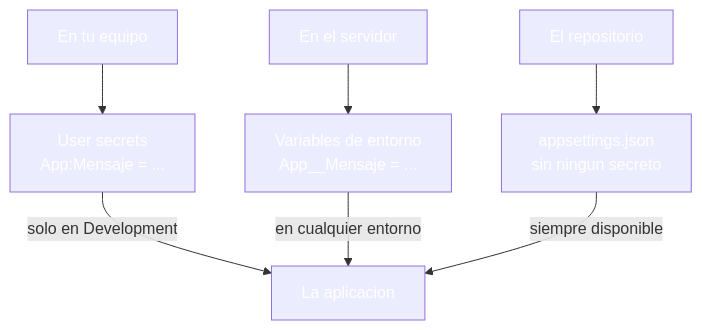
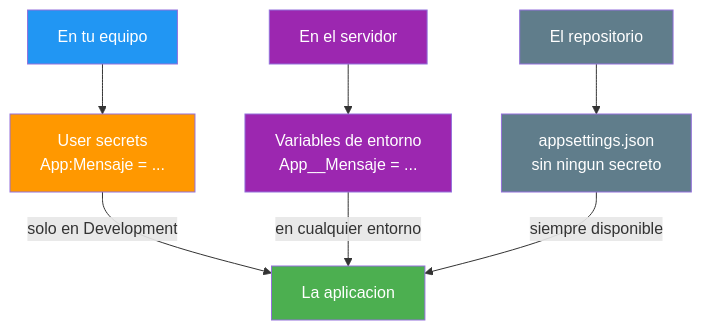
One commit to joseluisgs/DesarrolloWebEntornosServidor-03-2026-2027 changed the seventh of 7 diagrams in 20-configuracion-entornos.md. Above: the diagram before and after it, drawn with Mermaid. The commit also changed other lines of this file and 25 other files, not shown here.

Commit message:
docs: corregir los estilos Mermaid de los temas y alinear el dominio del tema 25 con ProductosApp

````diff
--- a/20-configuracion-entornos.md
+++ b/20-configuracion-entornos.md
@@ -516,16 +516,16 @@
 ```mermaid
 graph TD
     R["El repositorio"] --> A["appsettings.json<br/>sin ningun secreto"]
     D["En tu equipo"] --> US["User secrets<br/>App:Mensaje = ..."]
     P["En el servidor"] --> EV["Variables de entorno<br/>App__Mensaje = ..."]
     US -->|"solo en Development"| S["La aplicacion"]
     EV -->|"en cualquier entorno"| S
     A -->|"siempre disponible"| S
-    style R fill:#607D8,color:#fffB,color:#fff
-    style A fill:#607D8,color:#fffB,color:#fff
-    style D fill:#2196F,color:#fff3,color:#fff
-    style US fill:#FF980,color:#fff0,color:#fff
-    style P fill:#9C27B,color:#fff0,color:#fff
-    style EV fill:#9C27B,color:#fff0,color:#fff
-    style S fill:#4CAF5,color:#fff0,color:#fff
+    style R fill:#607D8B,color:#fff
+    style A fill:#607D8B,color:#fff
+    style D fill:#2196F3,color:#fff
+    style US fill:#FF9800,color:#fff
+    style P fill:#9C27B0,color:#fff
+    style EV fill:#9C27B0,color:#fff
+    style S fill:#4CAF50,color:#fff
 ```
````
